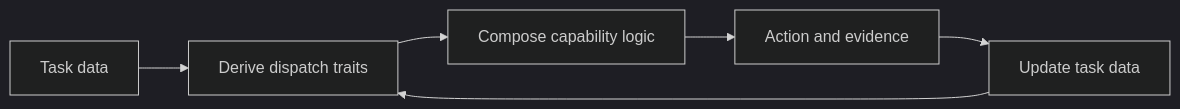
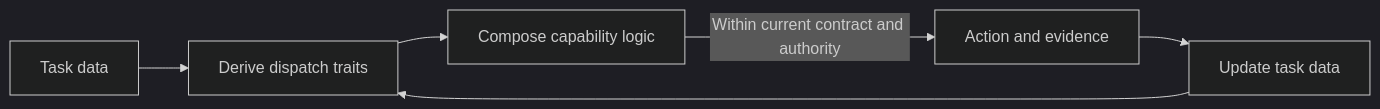
The diagram in docs/agentic-tooling.md (agentic-tend/.github), drawn with Mermaid (dark theme) before and after one commit. The commit also changed other lines of this file and 1 other file, not shown here.

````diff
--- a/docs/agentic-tooling.md
+++ b/docs/agentic-tooling.md
@@ -29,8 +29,8 @@
 ```mermaid
 flowchart LR
     A[Task data] --> B[Derive dispatch traits]
     B --> C[Compose capability logic]
-    C --> D[Action and evidence]
+    C -->|Within current contract and authority| D[Action and evidence]
     D --> E[Update task data]
     E --> B
 ```
````
